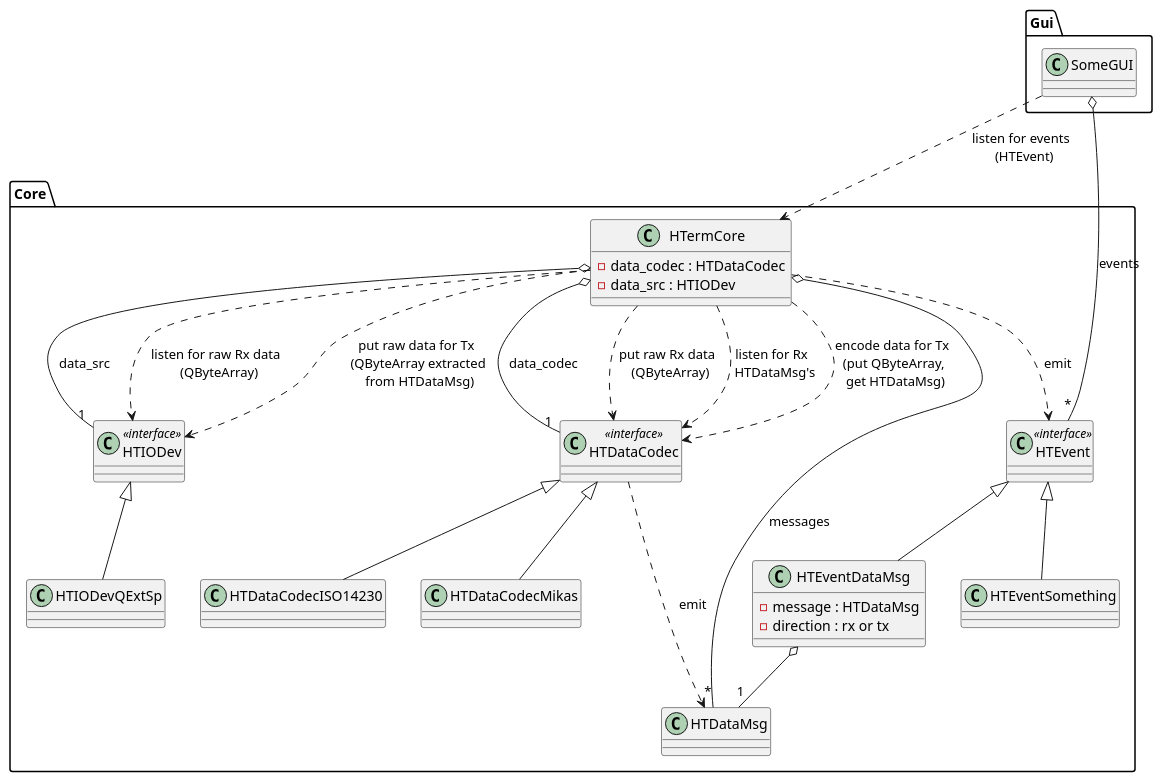
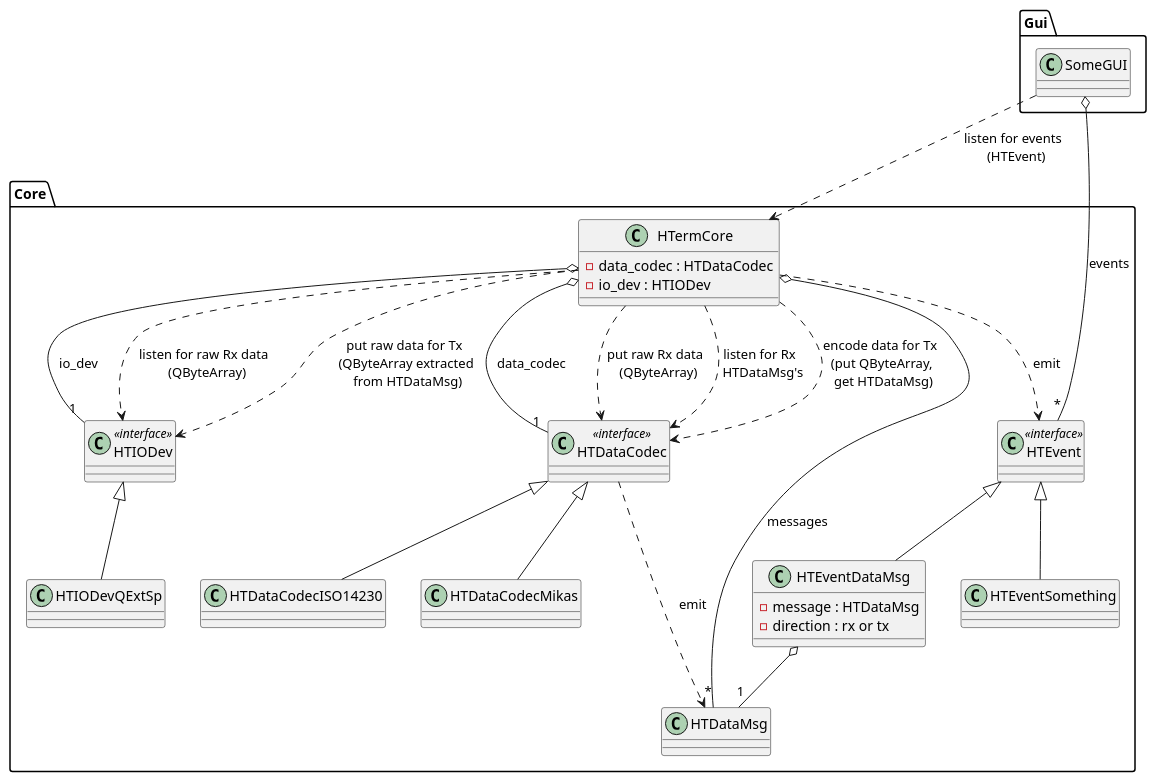
One commit to dimonomid/bterm changed the diagram in stuff/uml/hterm.pu. Above: the diagram before and after it, drawn with PlantUML. The commit also changed 4 other files, not shown here.

```diff
--- a/stuff/uml/hterm.pu
+++ b/stuff/uml/hterm.pu
@@ -1,85 +1,85 @@
 @startuml
 
 package "Core" {
 
 ' HTermCore {{{
 class HTermCore {
    -data_codec : HTDataCodec
-   -data_src : HTIODev
+   -io_dev : HTIODev
 }
 ' }}}
 
 ' HTIODev {{{
 class HTIODev <<interface>> {
 }
 
 class HTIODevQExtSp {
 }
 
 HTIODev <|-- HTIODevQExtSp
 ' }}}
 
 ' HTDataCodec {{{
 class HTDataCodec <<interface>> {
 }
 
 class HTDataCodecISO14230 {
 }
 
 class HTDataCodecMikas {
 }
 
 HTDataCodec <|-- HTDataCodecISO14230
 HTDataCodec <|-- HTDataCodecMikas
 ' }}}
 
 ' HTDataMsg {{{
 class HTDataMsg {
 }
 ' }}}
 
 ' HTEvent {{{
 class HTEvent <<interface>> {
 }
 
 class HTEventDataMsg {
    -message : HTDataMsg
    -direction : rx or tx
 }
 
 class HTEventSomething {
 }
 
 HTEvent <|-- HTEventDataMsg
 HTEvent <|-- HTEventSomething
 ' }}}
 
 HTermCore o-- "1" HTDataCodec : data_codec
-HTermCore o-- "1" HTIODev : data_src
+HTermCore o-- "1" HTIODev : io_dev
 HTermCore o-- "*" HTDataMsg : messages
 
 HTDataCodec ..> HTDataMsg : emit
 
 HTermCore ..> HTIODev   : listen for raw Rx data \n (QByteArray)
 HTermCore ..> HTDataCodec : put raw Rx data \n (QByteArray)
 HTermCore ..> HTDataCodec : listen for Rx \n HTDataMsg's
 HTermCore ..> HTDataCodec : encode data for Tx \n (put QByteArray, \n get HTDataMsg)
 HTermCore ..> HTIODev   : put raw data for Tx \n (QByteArray extracted \n from HTDataMsg)
 
 HTermCore ..> HTEvent : emit
 
 HTEventDataMsg o-- "1" HTDataMsg
 }
 
 package "Gui" {
 
    class SomeGUI {
    }
 
 }
 
 SomeGUI ..> HTermCore : listen for events \n (HTEvent)
 SomeGUI o-- "*" HTEvent : events
 
 
 @enduml
```
